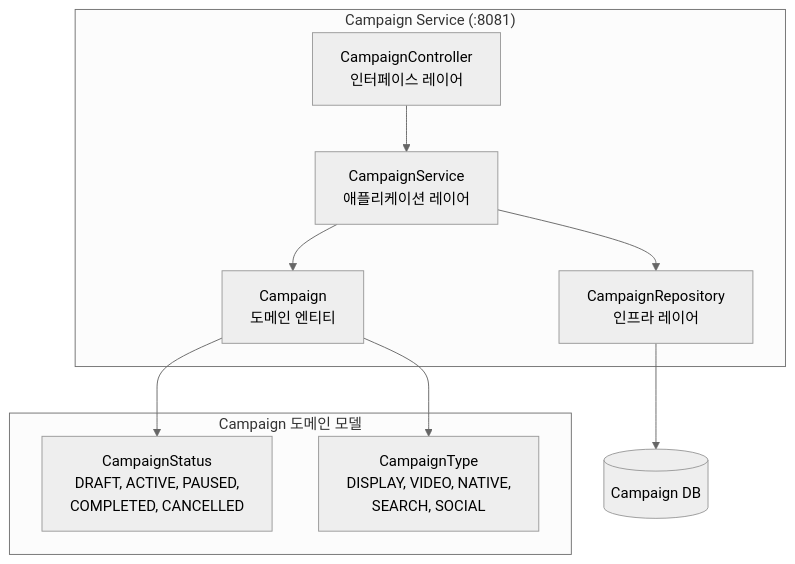
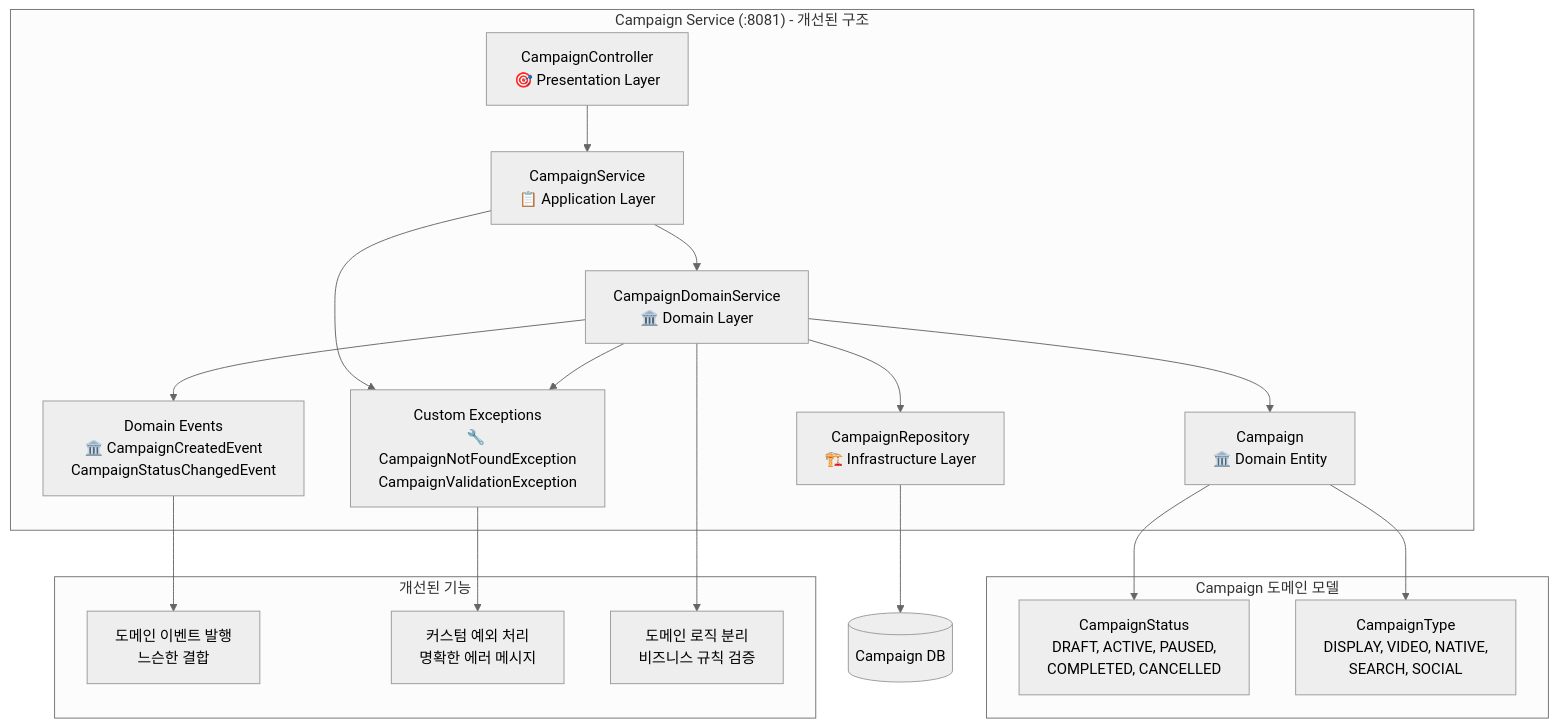
One commit to kmkmi/spring-msa-ddd changed the third of 11 diagrams in README.md. Above: the diagram before and after it, drawn with Mermaid (neutral theme). The commit also changed other lines of this file and 55 other files, not shown here.

````diff
--- a/README.md
+++ b/README.md
@@ -208,19 +261,32 @@
 ```mermaid
 graph TB
-    subgraph "Campaign Service (:8081)"
-        C_Controller[CampaignController<br/>인터페이스 레이어]
-        C_Service[CampaignService<br/>애플리케이션 레이어]
-        C_Entity[Campaign<br/>도메인 엔티티]
-        C_Repo[CampaignRepository<br/>인프라 레이어]
+    subgraph "Campaign Service (:8081) - 개선된 구조"
+        C_Controller[CampaignController<br/>🎯 Presentation Layer]
+        C_AppService[CampaignService<br/>📋 Application Layer]
+        C_DomainService[CampaignDomainService<br/>🏛️ Domain Layer]
+        C_Entity[Campaign<br/>🏛️ Domain Entity]
+        C_Repo[CampaignRepository<br/>🏗️ Infrastructure Layer]
+        C_Events[Domain Events<br/>🏛️ CampaignCreatedEvent<br/>CampaignStatusChangedEvent]
+        C_Exceptions[Custom Exceptions<br/>🔧 CampaignNotFoundException<br/>CampaignValidationException]
     end
     
-    C_Controller --> C_Service
-    C_Service --> C_Entity
-    C_Service --> C_Repo
+    C_Controller --> C_AppService
+    C_AppService --> C_DomainService
+    C_DomainService --> C_Entity
+    C_DomainService --> C_Repo
+    C_DomainService --> C_Events
+    C_AppService --> C_Exceptions
+    C_DomainService --> C_Exceptions
     C_Repo --> CampaignDB[(Campaign DB)]
     
     subgraph "Campaign 도메인 모델"
         C_Entity --> C_Status[CampaignStatus<br/>DRAFT, ACTIVE, PAUSED,<br/>COMPLETED, CANCELLED]
         C_Entity --> C_Type[CampaignType<br/>DISPLAY, VIDEO, NATIVE,<br/>SEARCH, SOCIAL]
     end
+    
+    subgraph "개선된 기능"
+        C_Events --> Event_Resp[도메인 이벤트 발행<br/>느슨한 결합]
+        C_Exceptions --> Exception_Resp[커스텀 예외 처리<br/>명확한 에러 메시지]
+        C_DomainService --> Domain_Resp[도메인 로직 분리<br/>비즈니스 규칙 검증]
+    end
 ```
````
